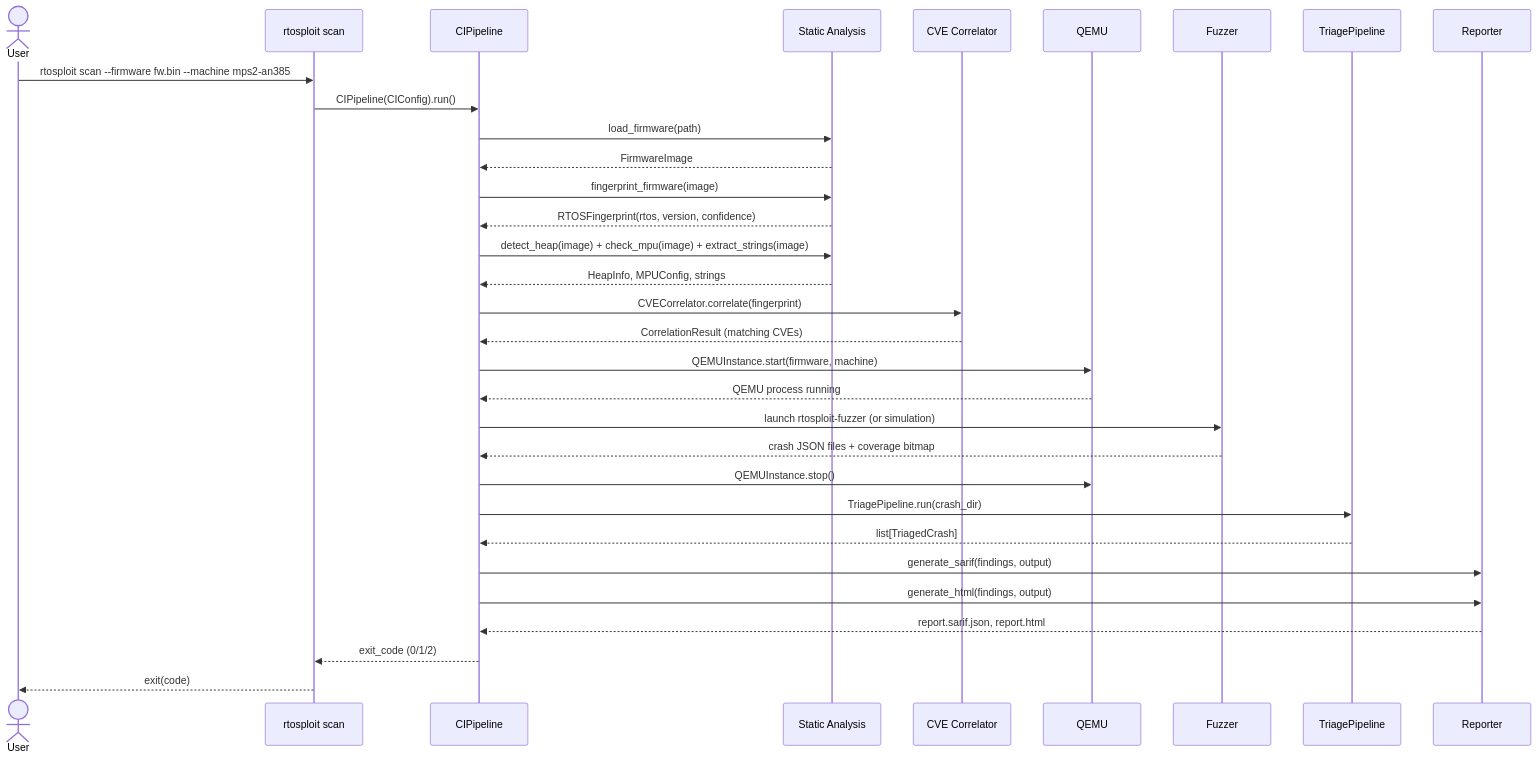
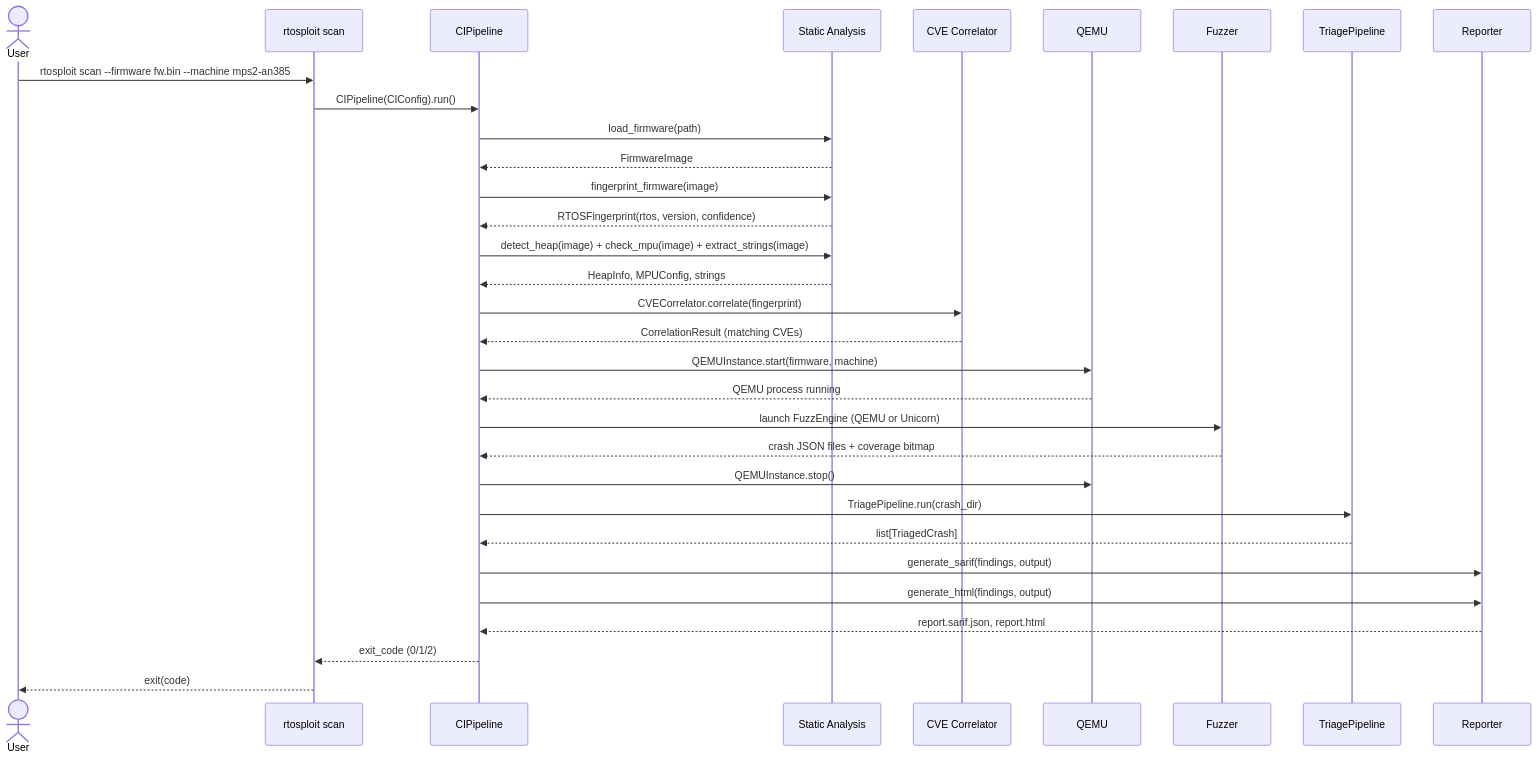
The sixth of 20 diagrams in docs/architecture.md (Indspl0it/RTOSploit), drawn with Mermaid before and after one commit. The commit also changed other lines of this file and 6 other files, not shown here.

````diff
--- a/docs/architecture.md
+++ b/docs/architecture.md
@@ -155,45 +155,45 @@
 ```mermaid
 sequenceDiagram
     actor User
     participant scan as rtosploit scan
     participant ci as CIPipeline
     participant analysis as Static Analysis
     participant cve as CVE Correlator
     participant qemu as QEMU
     participant fuzzer as Fuzzer
     participant triage as TriagePipeline
     participant report as Reporter
 
     User->>scan: rtosploit scan --firmware fw.bin --machine mps2-an385
     scan->>ci: CIPipeline(CIConfig).run()
 
     ci->>analysis: load_firmware(path)
     analysis-->>ci: FirmwareImage
 
     ci->>analysis: fingerprint_firmware(image)
     analysis-->>ci: RTOSFingerprint(rtos, version, confidence)
 
     ci->>analysis: detect_heap(image) + check_mpu(image) + extract_strings(image)
     analysis-->>ci: HeapInfo, MPUConfig, strings
 
     ci->>cve: CVECorrelator.correlate(fingerprint)
     cve-->>ci: CorrelationResult (matching CVEs)
 
     ci->>qemu: QEMUInstance.start(firmware, machine)
     qemu-->>ci: QEMU process running
 
-    ci->>fuzzer: launch rtosploit-fuzzer (or simulation)
+    ci->>fuzzer: launch FuzzEngine (QEMU or Unicorn)
     fuzzer-->>ci: crash JSON files + coverage bitmap
 
     ci->>qemu: QEMUInstance.stop()
 
     ci->>triage: TriagePipeline.run(crash_dir)
     triage-->>ci: list[TriagedCrash]
 
     ci->>report: generate_sarif(findings, output)
     ci->>report: generate_html(findings, output)
     report-->>ci: report.sarif.json, report.html
 
     ci-->>scan: exit_code (0/1/2)
     scan-->>User: exit(code)
 ```
````
